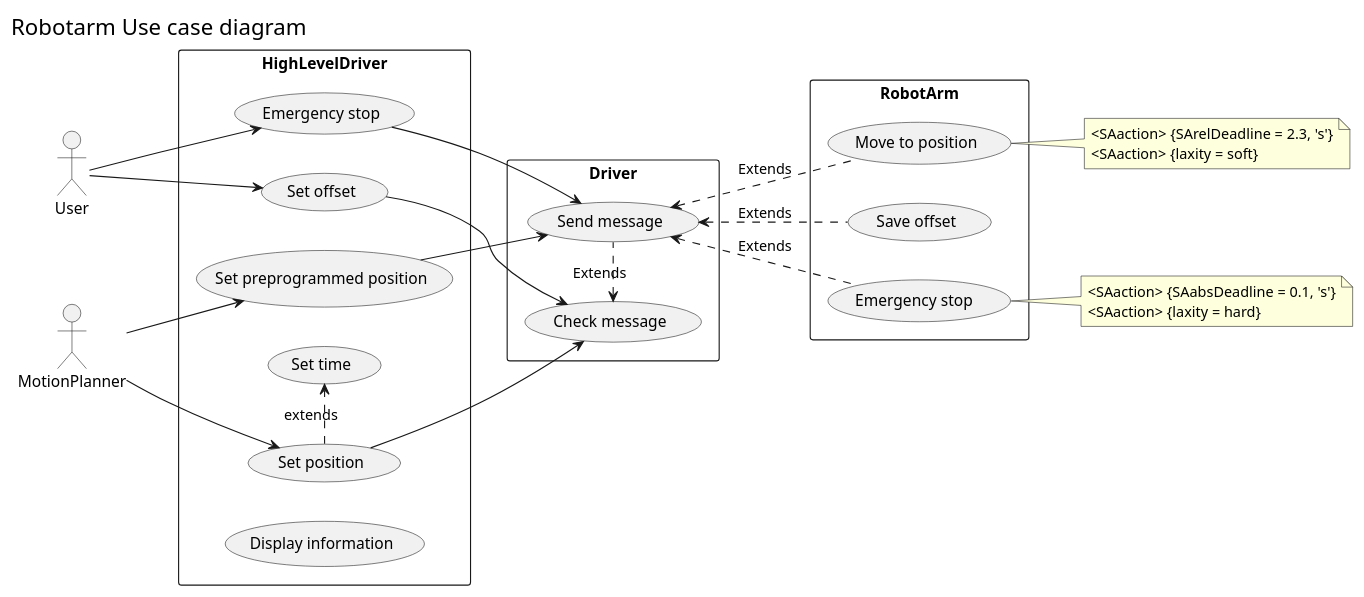
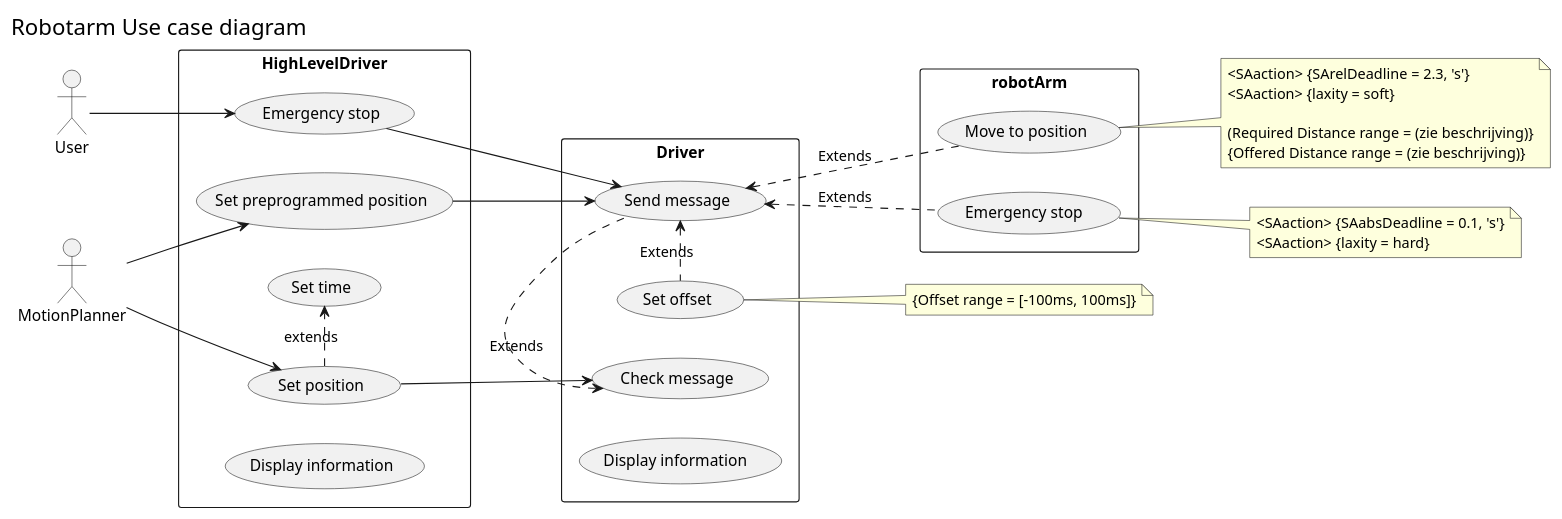
Before and after one commit to JochemGrootherder1/WorWorld: the diagram in documentation/usecaseDiagramSubsystems.plantuml, drawn with PlantUML.

Commit message:
QoS compleet

```diff
--- a/documentation/usecaseDiagramSubsystems.plantuml
+++ b/documentation/usecaseDiagramSubsystems.plantuml
@@ -1,51 +1,56 @@
 @startuml useCaseDiagram
 left header
 <font size=20 color=black>Robotarm Use case diagram </font>
 endheader
 left to right direction
 
 Actor User
 Actor MotionPlanner
 
 rectangle Driver{
     (Check message) <. (Send message) : Extends
+    (Display information )
+    (Set offset)
 }
 
 rectangle HighLevelDriver{
     (Set position) .> (Set time) : extends
     (Set preprogrammed position)
     (Emergency stop)
-    (Set offset)
     (Display information)
 }
 
-rectangle RobotArm{
+rectangle robotArm{
     (Move to position)
-    (Save offset)
     (Emergency stop )
 }
 
-User --> (Set offset)
 User --> (Emergency stop)
 MotionPlanner --> (Set preprogrammed position)
 MotionPlanner --> (Set position)
 
 
 (Emergency stop) --> (Send message)
 (Set position) --> (Check message)
 (Set preprogrammed position) --> (Send message)
-(Set offset) --> (Check message)
 
+(Send message) <. (Set offset) : Extends
 (Send message) <.. (Move to position) : Extends
-(Send message) <.. (Save offset) : Extends
 (Send message) <.. (Emergency stop ) : Extends
 note right of (Move to position){
     <SAaction> {SArelDeadline = 2.3, 's'}
     <SAaction> {laxity = soft}
+    
+    (Required Distance range = (zie beschrijving)}
+    {Offered Distance range = (zie beschrijving)}
 }
 
 note right of (Emergency stop ){
     <SAaction> {SAabsDeadline = 0.1, 's'}
     <SAaction> {laxity = hard}
 }
+
+note right of (Set offset){
+    {Offset range = [-100ms, 100ms]}
+}
 @enduml
```
